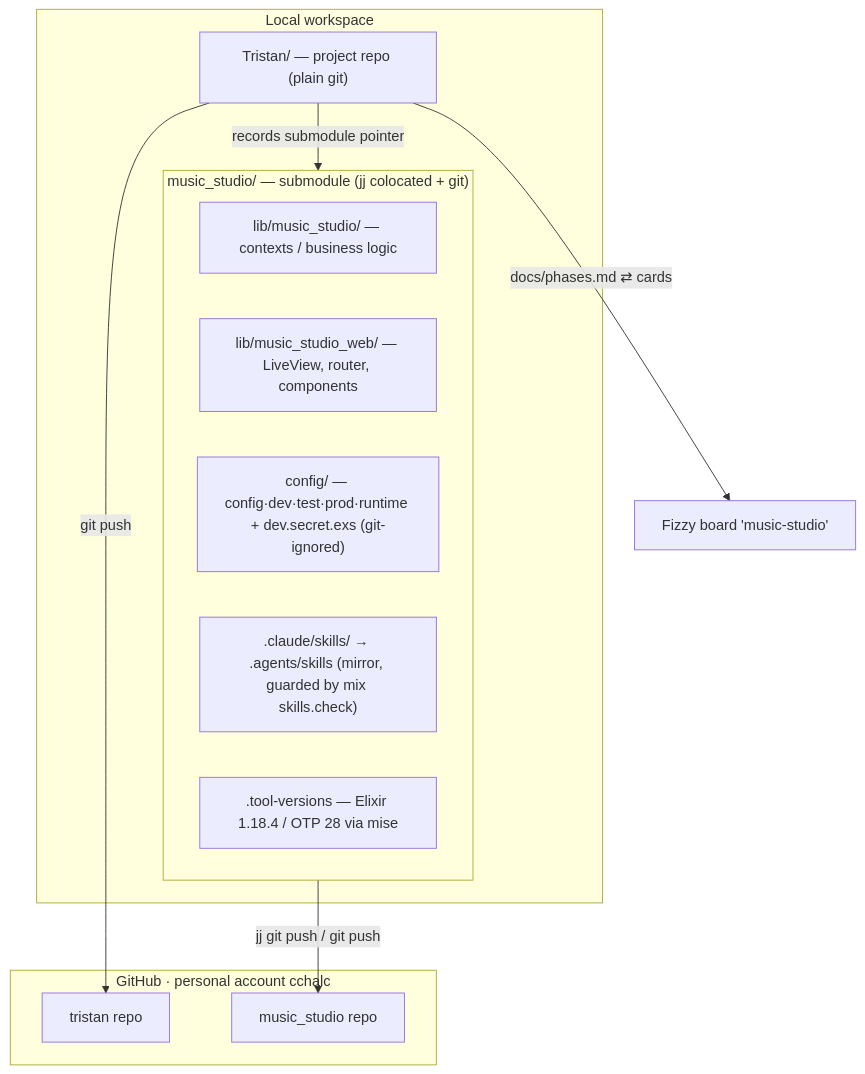
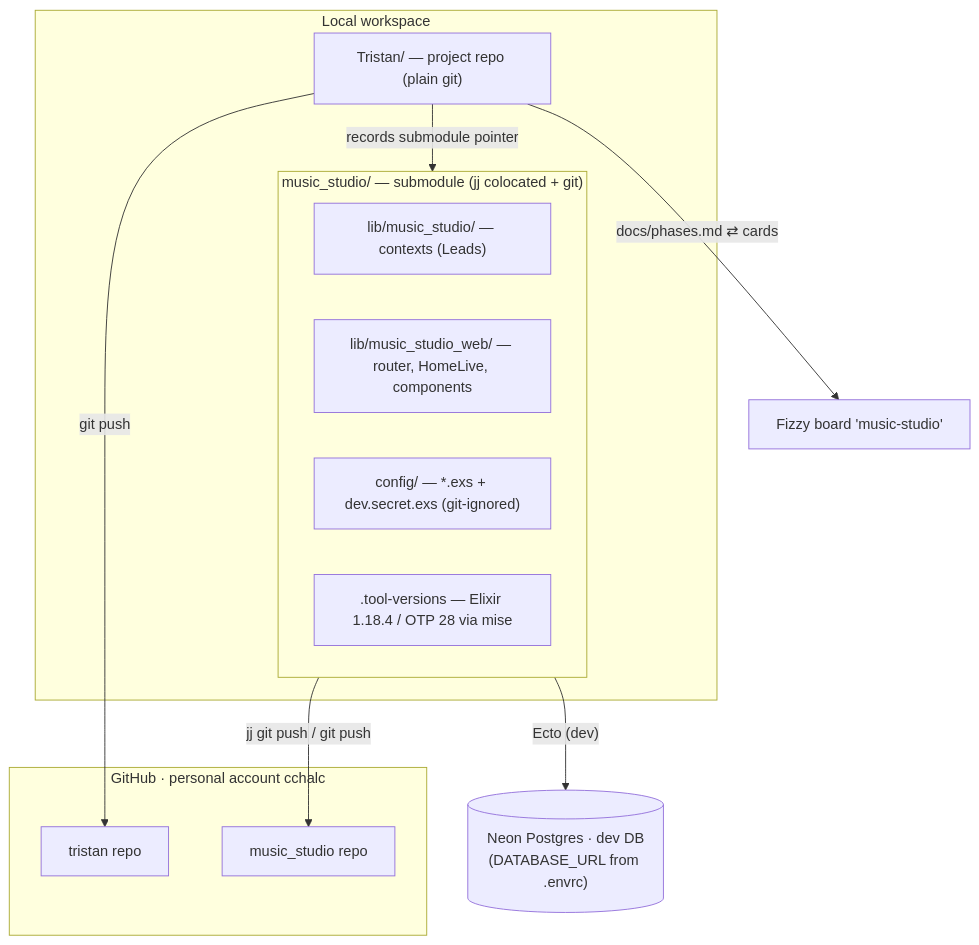
The first of 2 diagrams in docs/architecture.md (cchalc/tristan), drawn with Mermaid before and after one commit. The commit also changed other lines of this file and 2 other files, not shown here.

First line of the commit message:
Docs: architecture diagrams, specifications review, README refresh

````diff
--- a/docs/architecture.md
+++ b/docs/architecture.md
@@ -12,25 +12,26 @@
 ```mermaid
 flowchart TB
   subgraph gh["GitHub · personal account cchalc"]
     ght["tristan repo"]
     ghm["music_studio repo"]
   end
 
   subgraph ws["Local workspace"]
     t["Tristan/ — project repo (plain git)"]
     subgraph app["music_studio/ — submodule (jj colocated + git)"]
-      libc["lib/music_studio/ — contexts / business logic"]
-      libw["lib/music_studio_web/ — LiveView, router, components"]
-      cfg["config/ — config·dev·test·prod·runtime + dev.secret.exs (git-ignored)"]
-      sk[".claude/skills/ → .agents/skills (mirror, guarded by mix skills.check)"]
+      libc["lib/music_studio/ — contexts (Leads)"]
+      libw["lib/music_studio_web/ — router, HomeLive, components"]
+      cfg["config/ — *.exs + dev.secret.exs (git-ignored)"]
       tc[".tool-versions — Elixir 1.18.4 / OTP 28 via mise"]
     end
   end
 
+  neon[("Neon Postgres · dev DB\n(DATABASE_URL from .envrc)")]
   fz["Fizzy board 'music-studio'"]
 
   t -- "records submodule pointer" --> app
   t -- "git push" --> ght
   app -- "jj git push / git push" --> ghm
+  app -- "Ecto (dev)" --> neon
   t -- "docs/phases.md ⇄ cards" --> fz
 ```
````
